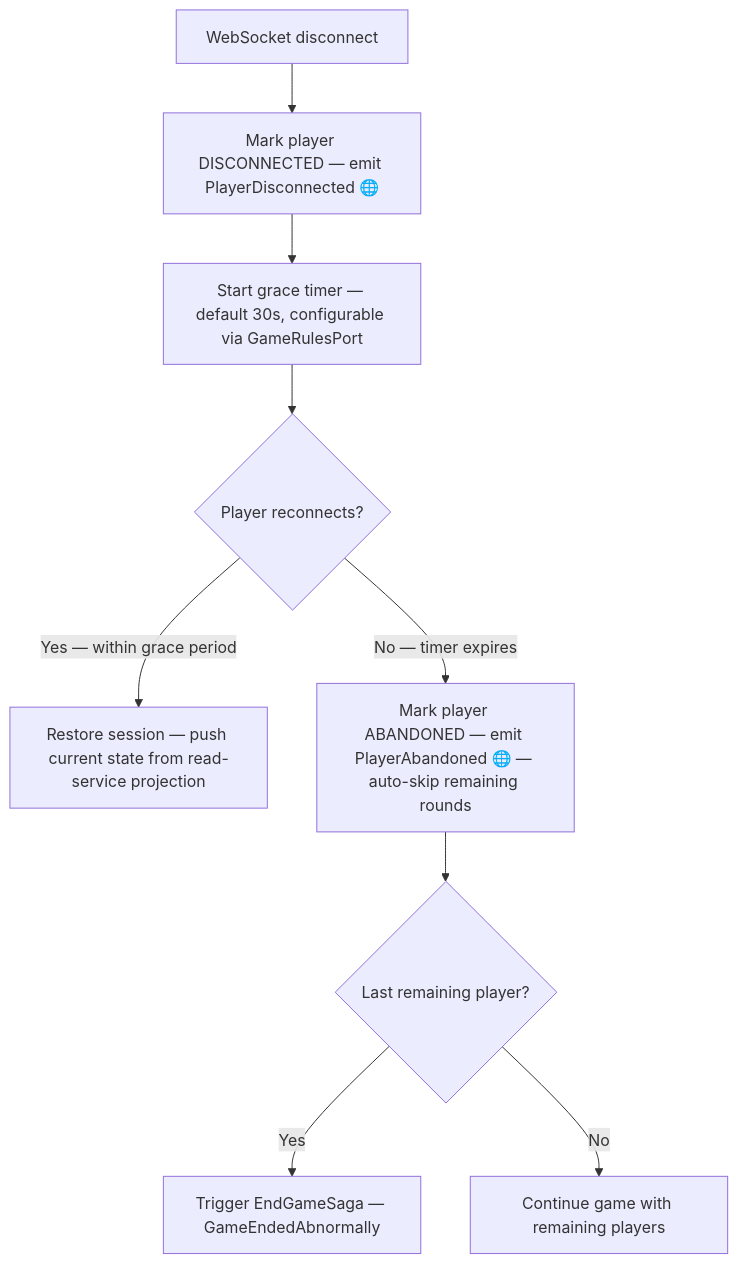
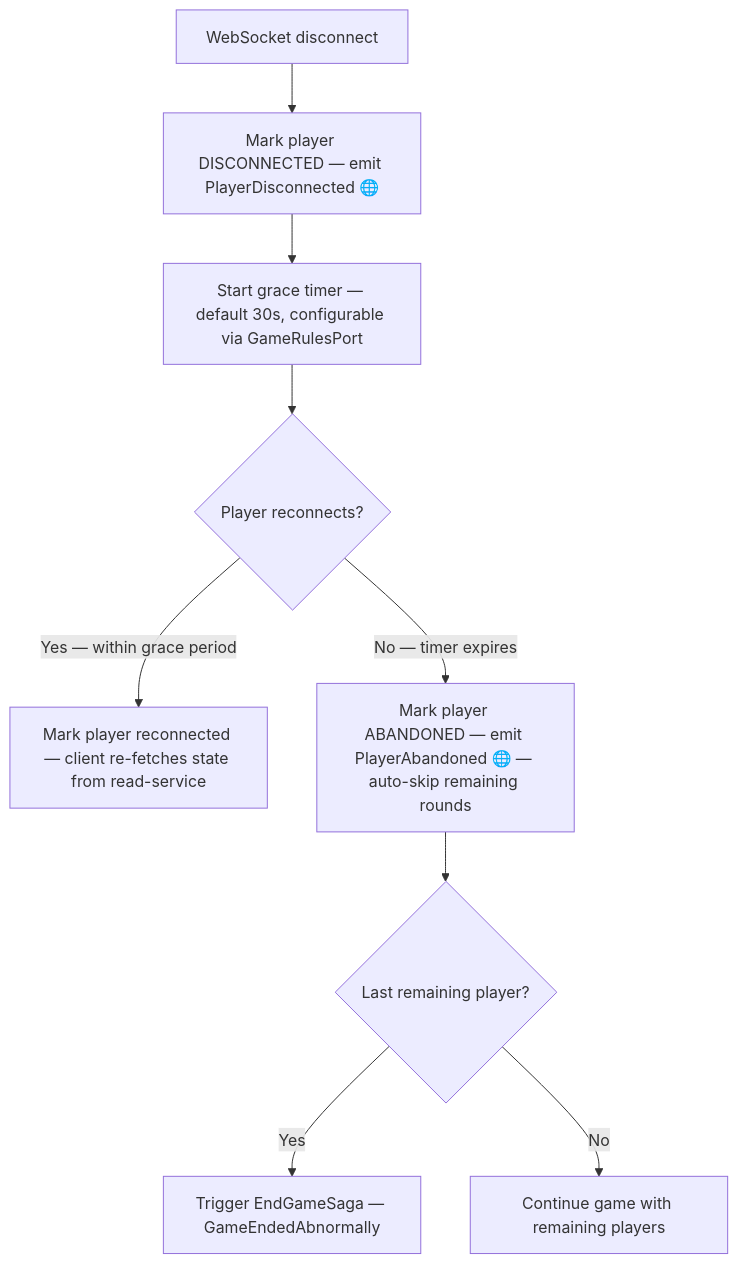
One commit to temporal-rift/docs changed the second of 2 diagrams in sagas/special.mdx. Above: the diagram before and after it, drawn with Mermaid. The commit also changed other lines of this file and 21 other files, not shown here.

First line of the commit message:
docs: sync docs-site with current service implementations

````diff
--- a/sagas/special.mdx
+++ b/sagas/special.mdx
@@ -46,11 +53,11 @@
 ```mermaid
 flowchart TD
   A[WebSocket disconnect] --> B[Mark player DISCONNECTED — emit PlayerDisconnected 🌐]
   B --> C[Start grace timer — default 30s, configurable via GameRulesPort]
   C --> D{Player reconnects?}
-  D -->|Yes — within grace period| E[Restore session — push current state from read-service projection]
+  D -->|Yes — within grace period| E[Mark player reconnected — client re-fetches state from read-service]
   D -->|No — timer expires| F[Mark player ABANDONED — emit PlayerAbandoned 🌐 — auto-skip remaining rounds]
   F --> G{Last remaining player?}
   G -->|Yes| H[Trigger EndGameSaga — GameEndedAbnormally]
   G -->|No| I[Continue game with remaining players]
 ```
````
